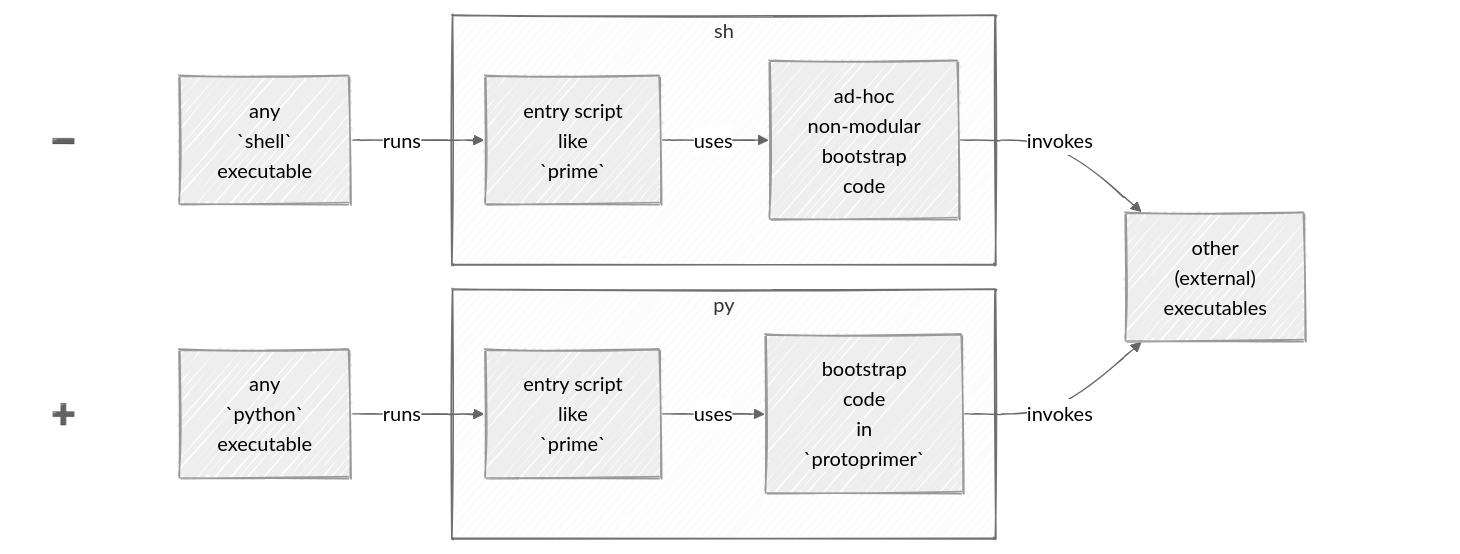
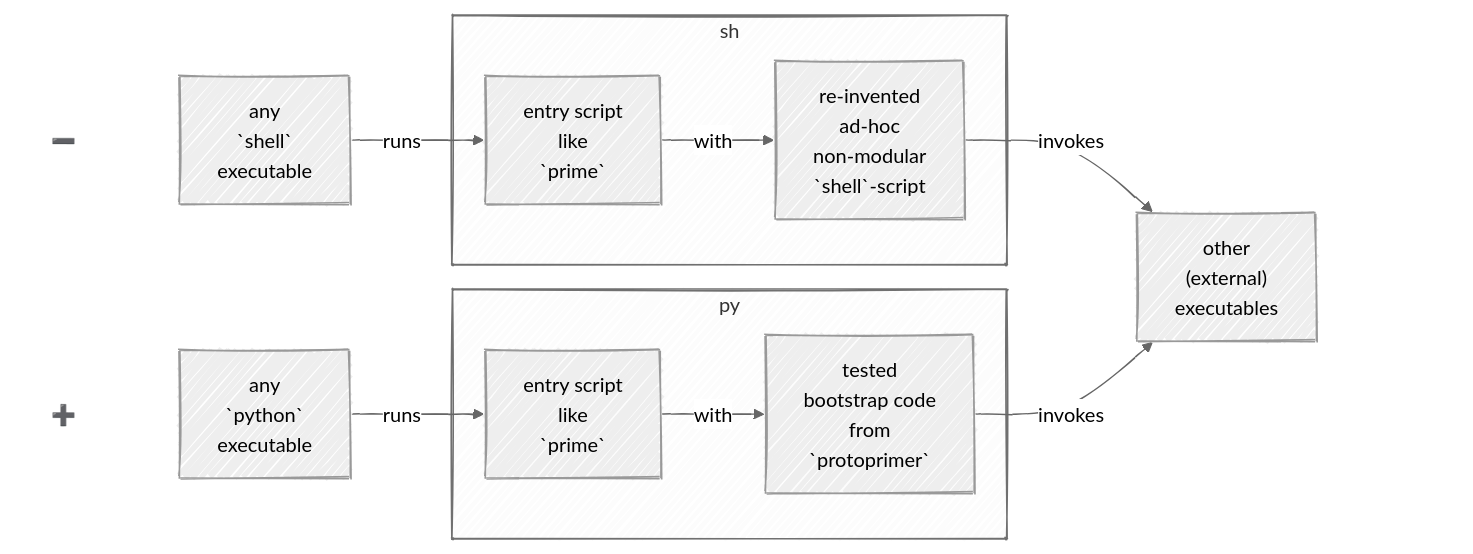
The first of 4 diagrams in readme.md (uvsmtid/protoprimer), drawn with Mermaid before and after one commit. The commit also changed other lines of this file and 87 other files, not shown here.

````diff
--- a/readme.md
+++ b/readme.md
@@ -109,43 +90,43 @@
 ```mermaid
 ---
 config:
   look: handDrawn
   theme: neutral
 ---
 flowchart LR;
     heavy_minus["➖"];
     shell_exec["any<br>`shell`<br>executable"];
     subgraph "sh"
         sh_entry_script["entry script<br>like<br>`prime`"];
-        embedded_code["ad-hoc<br>non-modular<br>bootstrap<br>code"];
+        embedded_code["re-invented<br>ad-hoc<br>non-modular<br>`shell`-script"];
     end
 
     heavy_plus["➕"];
     python_exec["any<br>`python`<br>executable"];
     subgraph "py"
         py_entry_script["entry script<br>like<br>`prime`"];
-        proto_code["bootstrap<br>code<br>in<br>`protoprimer`"];
+        proto_code["tested<br>bootstrap code<br>from<br>`protoprimer`"];
     end
 
     external_exec["other<br>(external)<br>executables"];
 
     invis_block[ ];
 
     heavy_minus ~~~ shell_exec;
     shell_exec --runs--> sh_entry_script;
-    sh_entry_script --uses--> embedded_code;
+    sh_entry_script --with--> embedded_code;
 
     heavy_plus ~~~ python_exec;
     python_exec --runs--> py_entry_script;
-    py_entry_script --uses--> proto_code;
+    py_entry_script --with--> proto_code;
 
     embedded_code --invokes--> external_exec;
     proto_code --invokes--> external_exec;
 
     external_exec ~~~ invis_block;
 
     style heavy_minus fill:none,stroke:none;
     style heavy_plus fill:none,stroke:none;
 
     style invis_block fill:none,stroke:none;
 ```
````
